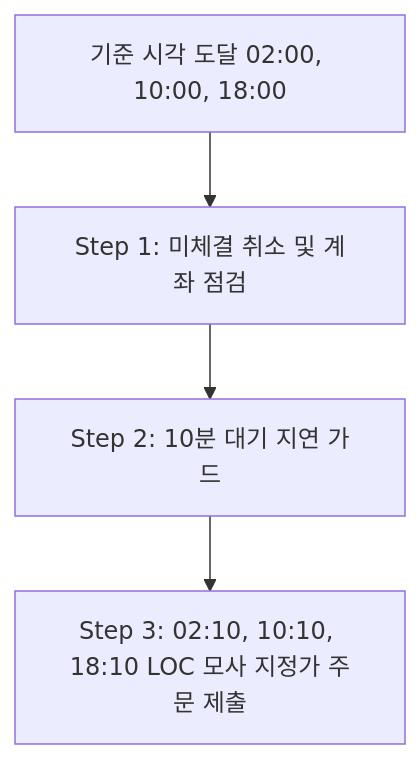
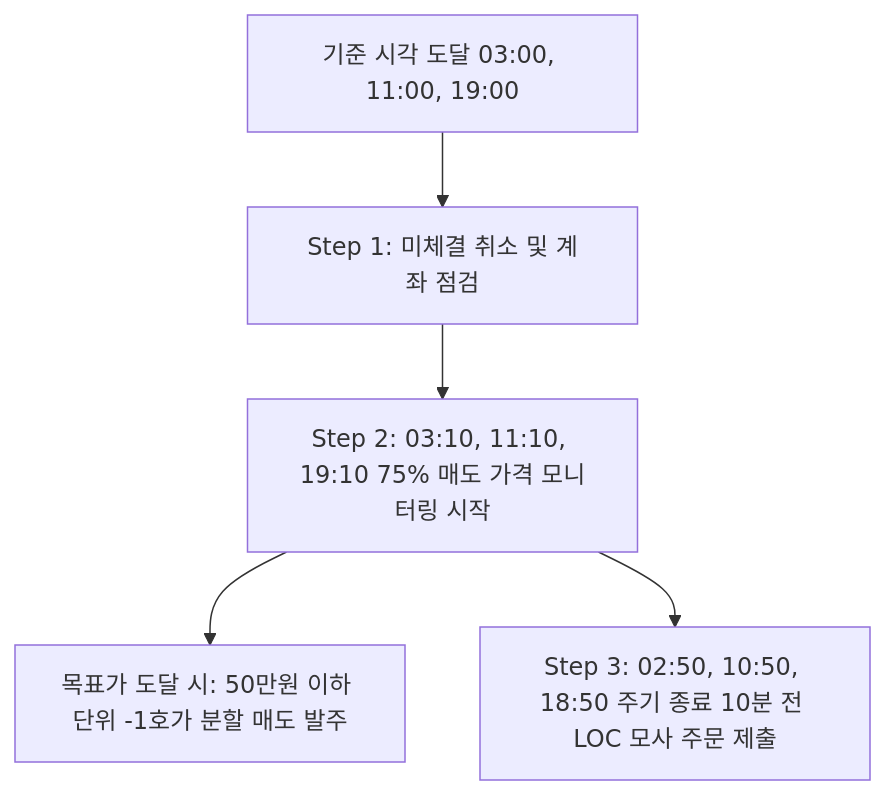
The diagram in strategy_CA4_for_Coin.md (kettledrum3/kiwoom), drawn with Mermaid before and after one commit. The commit also changed other lines of this file and 4 other files, not shown here.

````diff
--- a/strategy_CA4_for_Coin.md
+++ b/strategy_CA4_for_Coin.md
@@ -19,6 +19,7 @@
 ```mermaid
 graph TD
-    A[기준 시각 도달 02:00, 10:00, 18:00] --> B[Step 1: 미체결 취소 및 계좌 점검]
-    B --> C[Step 2: 10분 대기 지연 가드]
-    C --> D[Step 3: 02:10, 10:10, 18:10 LOC 모사 지정가 주문 제출]
+    A[기준 시각 도달 03:00, 11:00, 19:00] --> B[Step 1: 미체결 취소 및 계좌 점검]
+    B --> C[Step 2: 03:10, 11:10, 19:10 75% 매도 가격 모니터링 시작]
+    C --> D[목표가 도달 시: 50만원 이하 단위 -1호가 분할 매도 발주]
+    C --> E[Step 3: 02:50, 10:50, 18:50 주기 종료 10분 전 LOC 모사 주문 제출]
 ```
````
